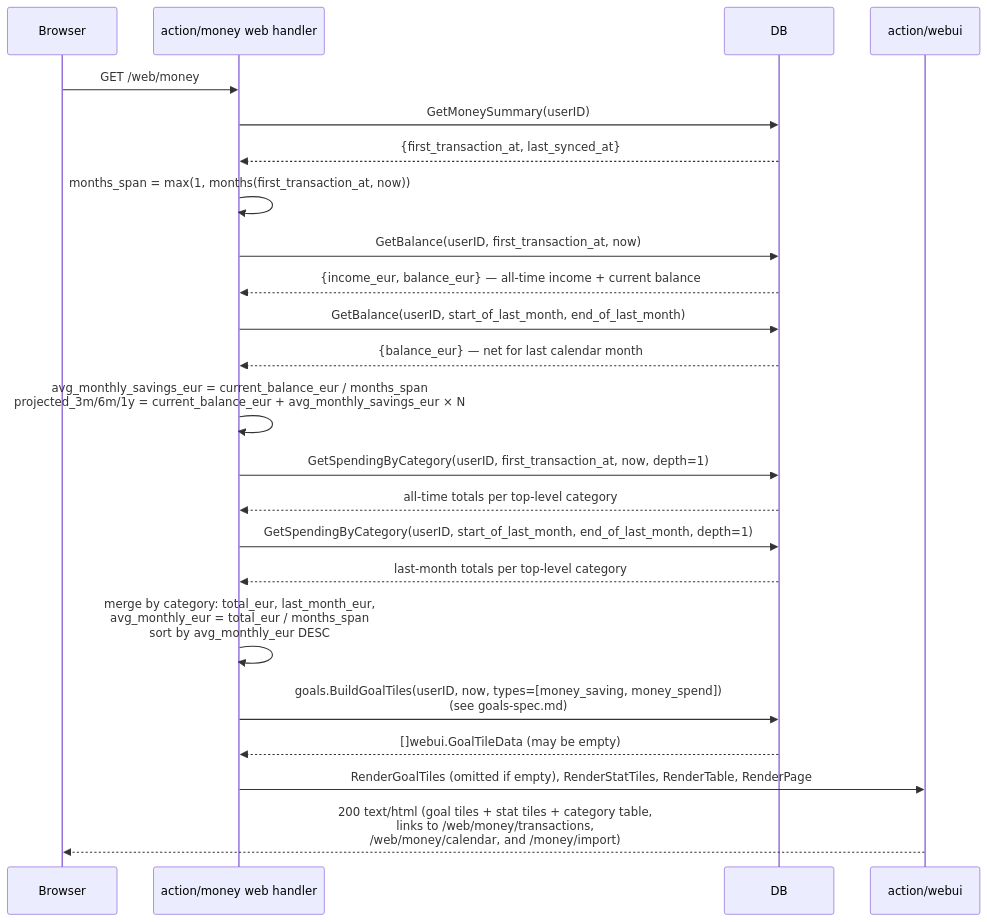
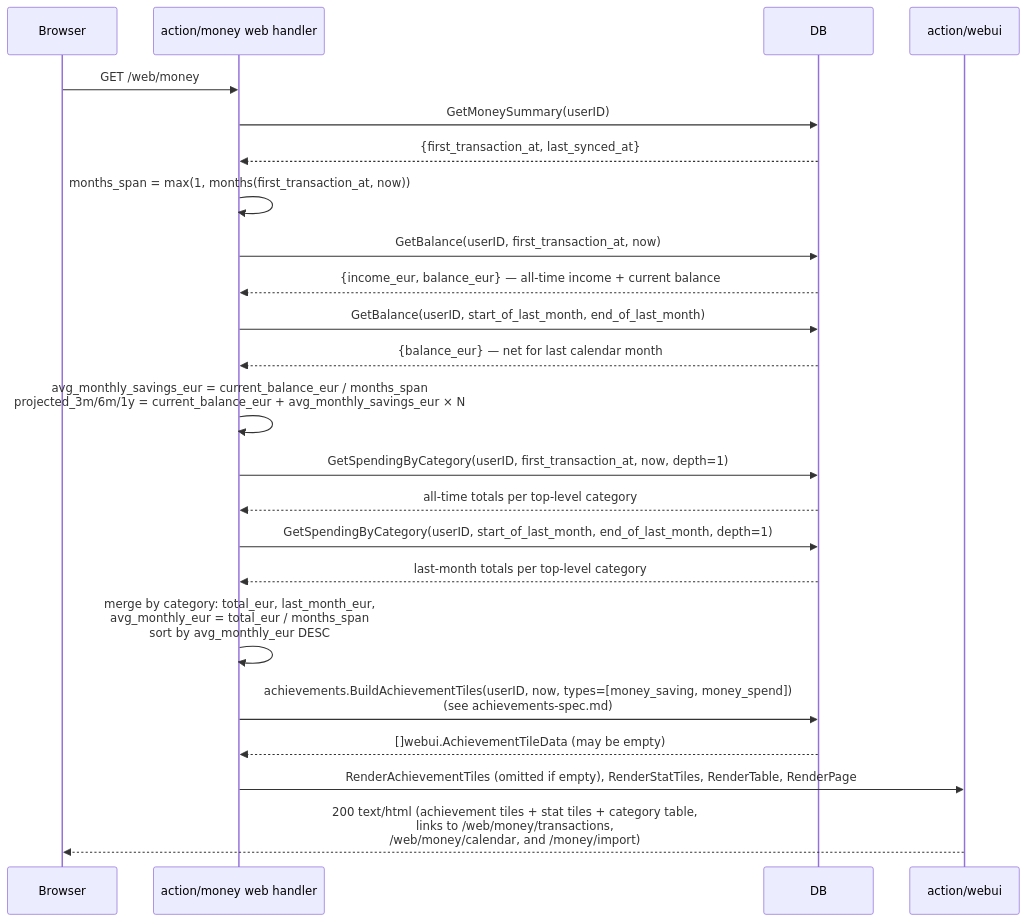
The seventh of 10 diagrams in docs/functions/money-spec.md (rusinikita/personal), drawn with Mermaid before and after one commit. The commit also changed other lines of this file and 56 other files, not shown here.

First line of the commit message:
refactor(achievements)!: rename goals to achievements

````diff
--- a/docs/functions/money-spec.md
+++ b/docs/functions/money-spec.md
@@ -188,31 +188,31 @@
 ```mermaid
 sequenceDiagram
     participant Browser
     participant Handler as action/money web handler
     participant DB
     participant Webui as action/webui
 
     Browser->>Handler: GET /web/money
     Handler->>DB: GetMoneySummary(userID)
     DB-->>Handler: {first_transaction_at, last_synced_at}
     Handler->>Handler: months_span = max(1, months(first_transaction_at, now))
 
     Handler->>DB: GetBalance(userID, first_transaction_at, now)
     DB-->>Handler: {income_eur, balance_eur} — all-time income + current balance
     Handler->>DB: GetBalance(userID, start_of_last_month, end_of_last_month)
     DB-->>Handler: {balance_eur} — net for last calendar month
 
     Handler->>Handler: avg_monthly_savings_eur = current_balance_eur / months_span<br/>projected_3m/6m/1y = current_balance_eur + avg_monthly_savings_eur × N
 
     Handler->>DB: GetSpendingByCategory(userID, first_transaction_at, now, depth=1)
     DB-->>Handler: all-time totals per top-level category
     Handler->>DB: GetSpendingByCategory(userID, start_of_last_month, end_of_last_month, depth=1)
     DB-->>Handler: last-month totals per top-level category
     Handler->>Handler: merge by category: total_eur, last_month_eur,<br/>avg_monthly_eur = total_eur / months_span<br/>sort by avg_monthly_eur DESC
 
-    Handler->>DB: goals.BuildGoalTiles(userID, now, types=[money_saving, money_spend])<br/>(see goals-spec.md)
-    DB-->>Handler: []webui.GoalTileData (may be empty)
+    Handler->>DB: achievements.BuildAchievementTiles(userID, now, types=[money_saving, money_spend])<br/>(see achievements-spec.md)
+    DB-->>Handler: []webui.AchievementTileData (may be empty)
 
-    Handler->>Webui: RenderGoalTiles (omitted if empty), RenderStatTiles, RenderTable, RenderPage
-    Webui-->>Browser: 200 text/html (goal tiles + stat tiles + category table,<br/>links to /web/money/transactions,<br/>/web/money/calendar, and /money/import)
+    Handler->>Webui: RenderAchievementTiles (omitted if empty), RenderStatTiles, RenderTable, RenderPage
+    Webui-->>Browser: 200 text/html (achievement tiles + stat tiles + category table,<br/>links to /web/money/transactions,<br/>/web/money/calendar, and /money/import)
 ```
````
